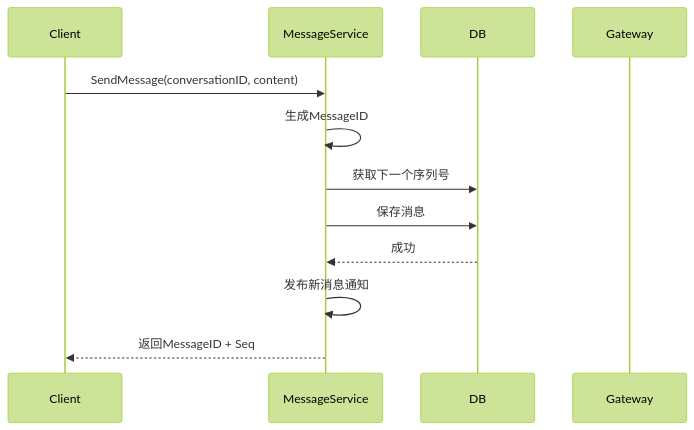
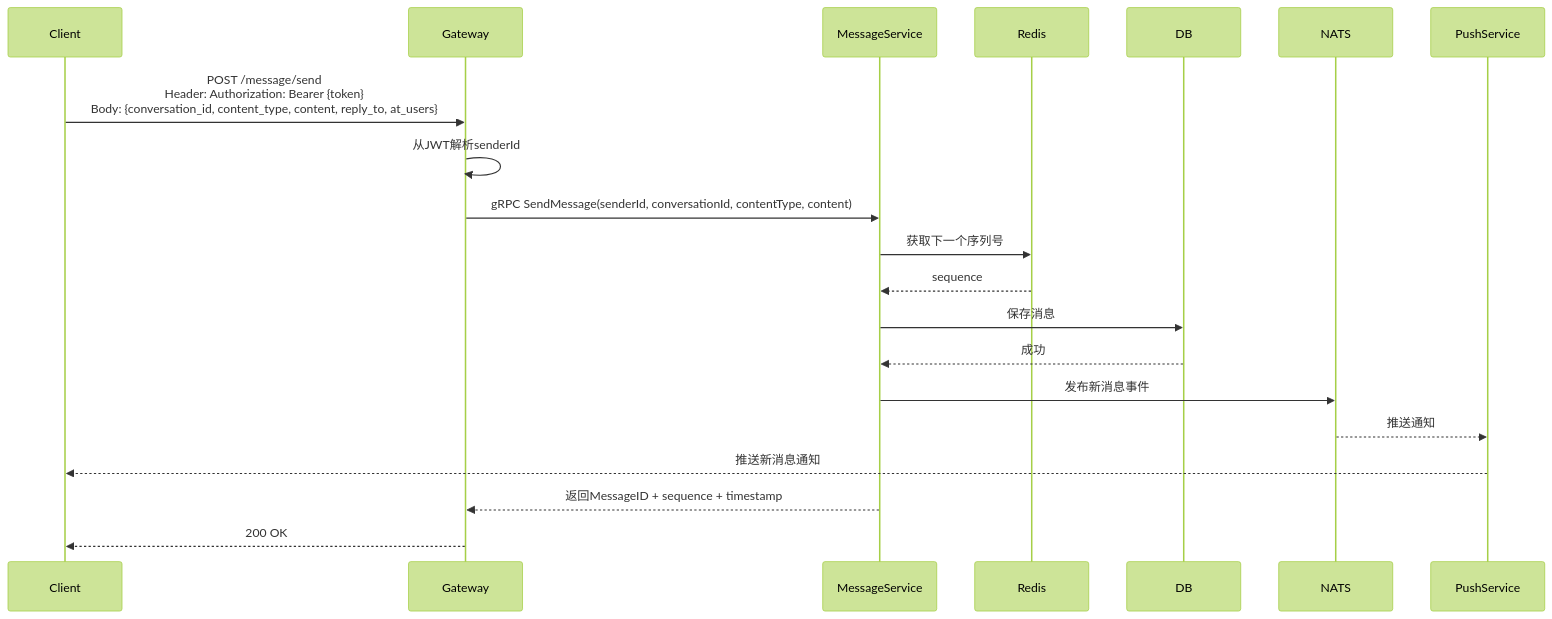
The first of 2 diagrams in docs/design/message/send.md (yzhgit/anychat-server), drawn with Mermaid (forest theme) before and after one commit. The commit also changed other lines of this file and 30 other files, not shown here.

First line of the commit message:
docs: 更新设计文档时序图，添加Gateway和NATS参与者

````diff
--- a/docs/design/message/send.md
+++ b/docs/design/message/send.md
@@ -52,15 +52,23 @@
 ```mermaid
 sequenceDiagram
     participant Client
+    participant Gateway
     participant MessageService
+    participant Redis
     participant DB
-    participant Gateway
+    participant NATS
+    participant PushService
 
-    Client->>MessageService: SendMessage(conversationID, content)
-    MessageService->>MessageService: 生成MessageID
-    MessageService->>DB: 获取下一个序列号
+    Client->>Gateway: POST /message/send<br/>Header: Authorization: Bearer {token}<br/>Body: {conversation_id, content_type, content, reply_to, at_users}
+    Gateway->>Gateway: 从JWT解析senderId
+    Gateway->>MessageService: gRPC SendMessage(senderId, conversationId, contentType, content)
+    MessageService->>Redis: 获取下一个序列号
+    Redis-->>MessageService: sequence
     MessageService->>DB: 保存消息
     DB-->>MessageService: 成功
-    MessageService->>MessageService: 发布新消息通知
-    MessageService-->>Client: 返回MessageID + Seq
+    MessageService->>NATS: 发布新消息事件
+    NATS-->>PushService: 推送通知
+    PushService-->>Client: 推送新消息通知
+    MessageService-->>Gateway: 返回MessageID + sequence + timestamp
+    Gateway-->>Client: 200 OK
 ```
````
